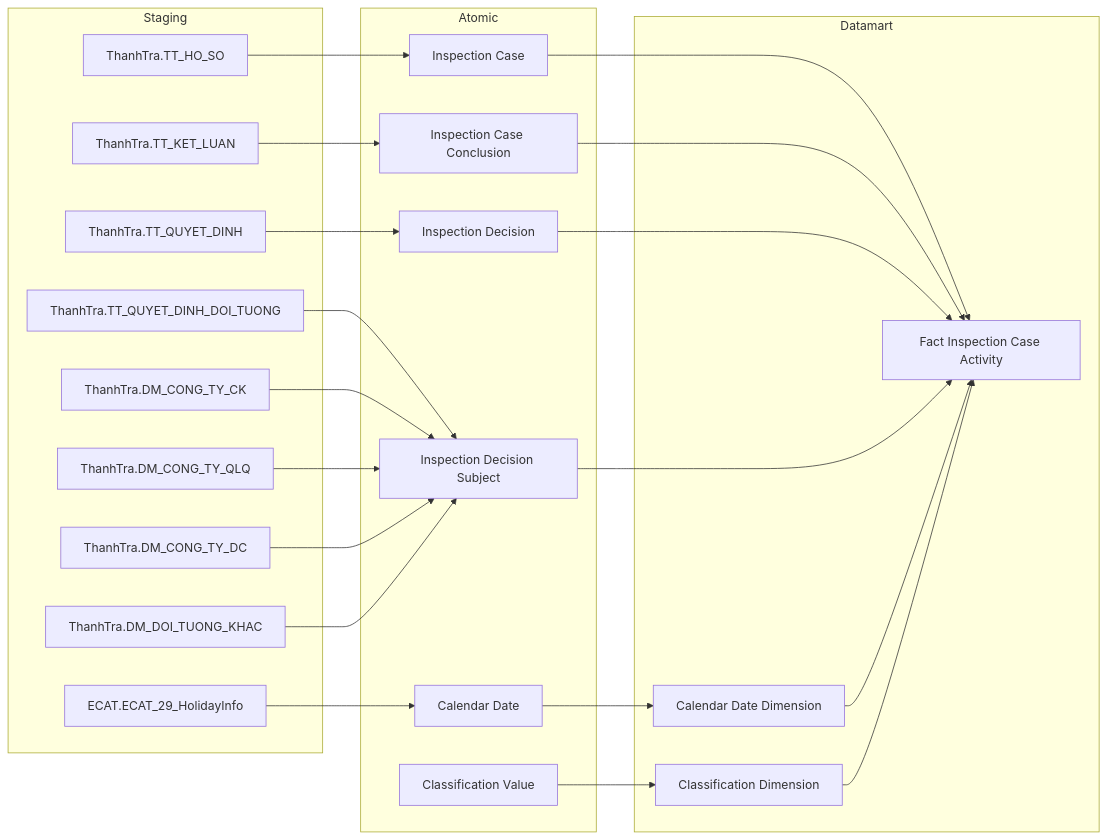
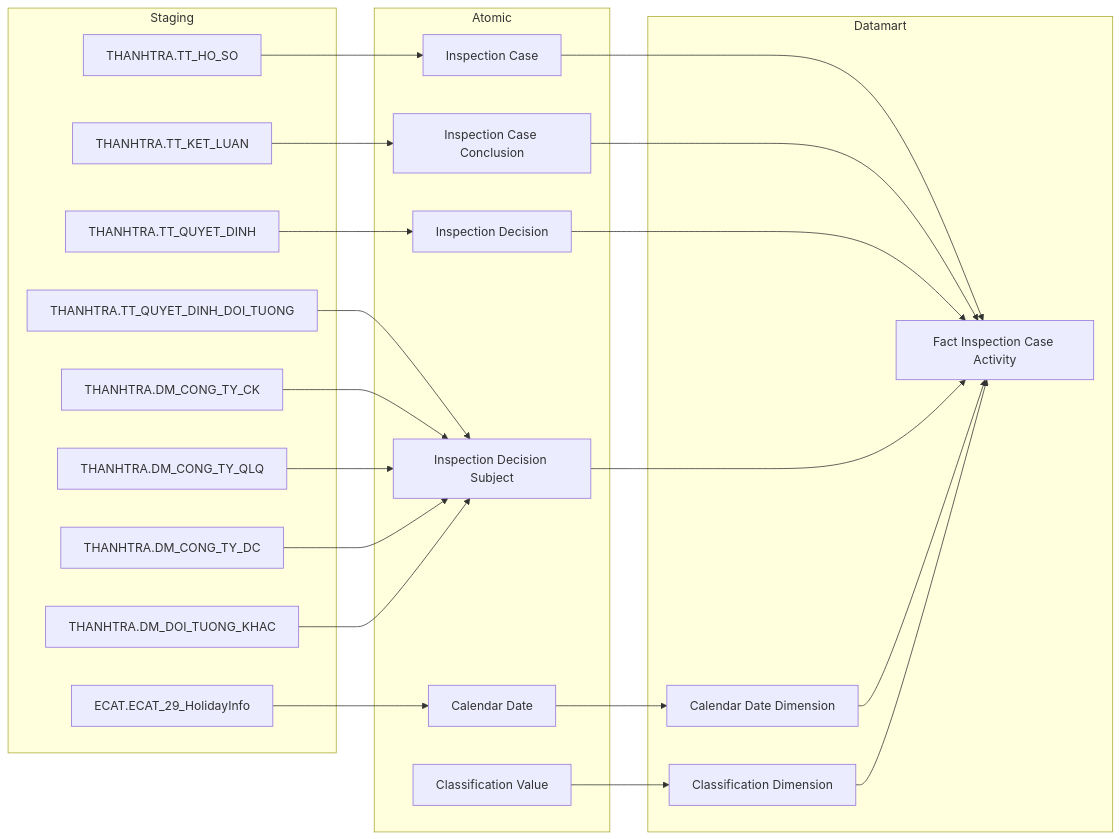
The first of 25 diagrams in Datamart/hld/DTM_TT_HLD.md (linhlvit/ubck_atomic_design), drawn with Mermaid before and after one commit. The commit also changed other lines of this file and 463 other files, not shown here.

````diff
--- a/Datamart/hld/DTM_TT_HLD.md
+++ b/Datamart/hld/DTM_TT_HLD.md
@@ -20,49 +20,49 @@
 ```mermaid
 flowchart LR
     subgraph SRC["Staging"]
-        S1["ThanhTra.TT_HO_SO"]
-        S2["ThanhTra.TT_KET_LUAN"]
-        S3["ThanhTra.TT_QUYET_DINH"]
-        S4["ThanhTra.TT_QUYET_DINH_DOI_TUONG"]
-        S5["ThanhTra.DM_CONG_TY_CK"]
-        S6["ThanhTra.DM_CONG_TY_QLQ"]
-        S7["ThanhTra.DM_CONG_TY_DC"]
-        S8["ThanhTra.DM_DOI_TUONG_KHAC"]
+        S1["THANHTRA.TT_HO_SO"]
+        S2["THANHTRA.TT_KET_LUAN"]
+        S3["THANHTRA.TT_QUYET_DINH"]
+        S4["THANHTRA.TT_QUYET_DINH_DOI_TUONG"]
+        S5["THANHTRA.DM_CONG_TY_CK"]
+        S6["THANHTRA.DM_CONG_TY_QLQ"]
+        S7["THANHTRA.DM_CONG_TY_DC"]
+        S8["THANHTRA.DM_DOI_TUONG_KHAC"]
         ECAT_HolidayInfo["ECAT.ECAT_29_HolidayInfo"]
     end
 
     subgraph SIL["Atomic"]
         SV1["Inspection Case"]
         SV2["Inspection Case Conclusion"]
         SV3["Inspection Decision"]
         SV4["Inspection Decision Subject"]
         Calendar_Date["Calendar Date"]
         Classification_Value["Classification Value"]
     end
 
     subgraph GOLD["Datamart"]
         G1["Fact Inspection Case Activity"]
         G2["Calendar Date Dimension"]
         G3["Classification Dimension"]
     end
 
     S1 --> SV1
     S2 --> SV2
     S3 --> SV3
     S4 --> SV4
     S5 --> SV4
     S6 --> SV4
     S7 --> SV4
     S8 --> SV4
     ECAT_HolidayInfo --> Calendar_Date
 
     SV1 --> G1
     SV2 --> G1
     SV3 --> G1
     SV4 --> G1
 
     Calendar_Date --> G2
     Classification_Value --> G3
     G2 --> G1
     G3 --> G1
 ```
````
